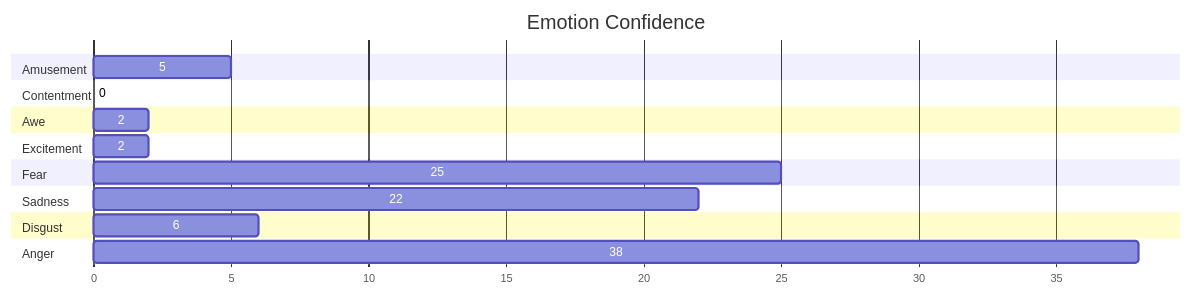
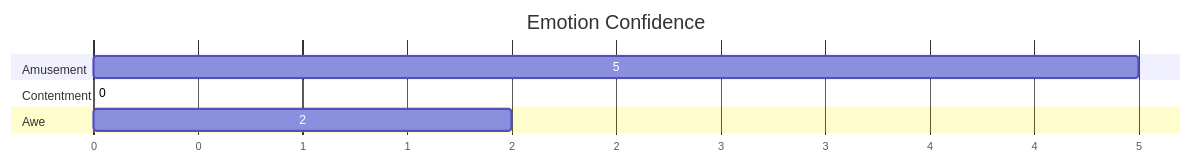
The diagram in _projects/VER.md (nku-zhichengzhang/ZhichengZhang.github.io), drawn with Mermaid before and after one commit.

```diff
--- a/_projects/VER.md
+++ b/_projects/VER.md
@@ -69,22 +69,12 @@
         <div class="mermaid">
         gantt
         title Emotion Confidence
         dateFormat X
         axisFormat %s
         section Amusement
         5   : 0, 5
         section Contentment
         0   : 0, 0
         section Awe
         2   : 0, 2
-        section Excitement
-        2   : 0, 2
-        section Fear
-        25   : 0, 25
-        section Sadness
-        22   : 0, 22
-        section Disgust
-        6   : 0, 6
-        section Anger
-        38   : 0, 38
         </div>
```
